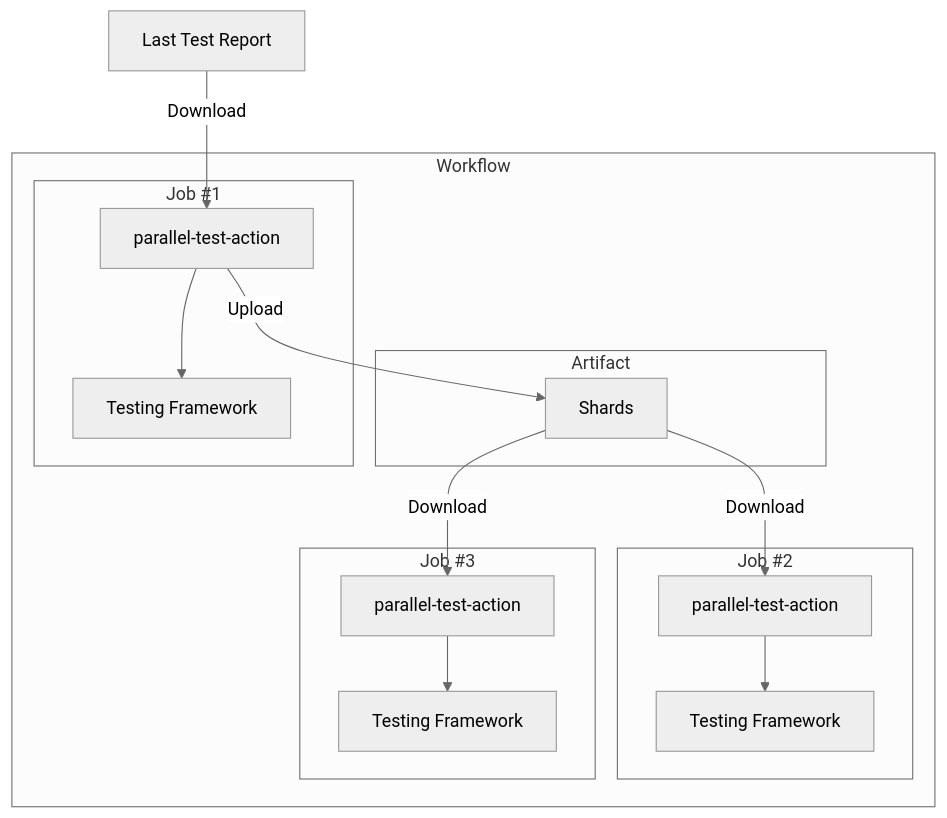
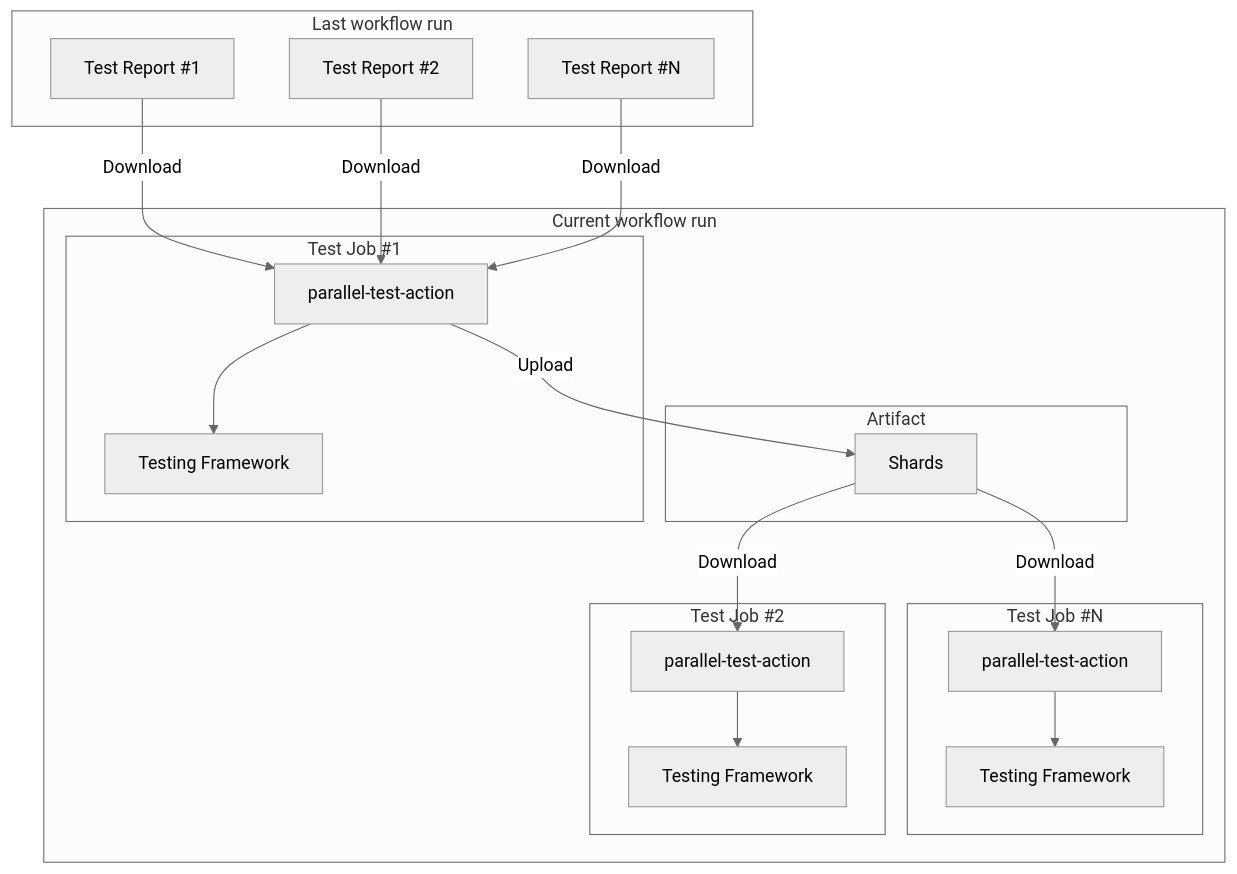
One commit to int128/parallel-test-action changed the third of 3 diagrams in README.md. Above: the diagram before and after it, drawn with Mermaid (neutral theme). The commit also changed other lines of this file, not shown here.

````diff
--- a/README.md
+++ b/README.md
@@ -153,19 +150,23 @@
 ```mermaid
 graph TB
-  LTR[Last Test Report] --Download--> A1
-  subgraph Workflow
+  subgraph Current workflow run
     subgraph Artifact
       S[Shards]
     end
-    subgraph J1[Job #1]
+    subgraph J3[Test Job #N]
+      S --Download--> A3[parallel-test-action] --> T3[Testing Framework]
+    end
+    subgraph J2[Test Job #2]
+      S --Download--> A2[parallel-test-action] --> T2[Testing Framework]
+    end
+    subgraph J1[Test Job #1]
       A1[parallel-test-action] --> T1[Testing Framework]
       A1 --Upload--> S
     end
-    subgraph J2[Job #2]
-      S --Download--> A2[parallel-test-action] --> T2[Testing Framework]
-    end
-    subgraph J3[Job #3]
-      S --Download--> A3[parallel-test-action] --> T3[Testing Framework]
-    end
+  end
+  subgraph Last workflow run
+    LTR1[Test Report #1] --Download--> A1
+    LTR2[Test Report #2] --Download--> A1
+    LTR3[Test Report #N] --Download--> A1
   end
 ```
````
